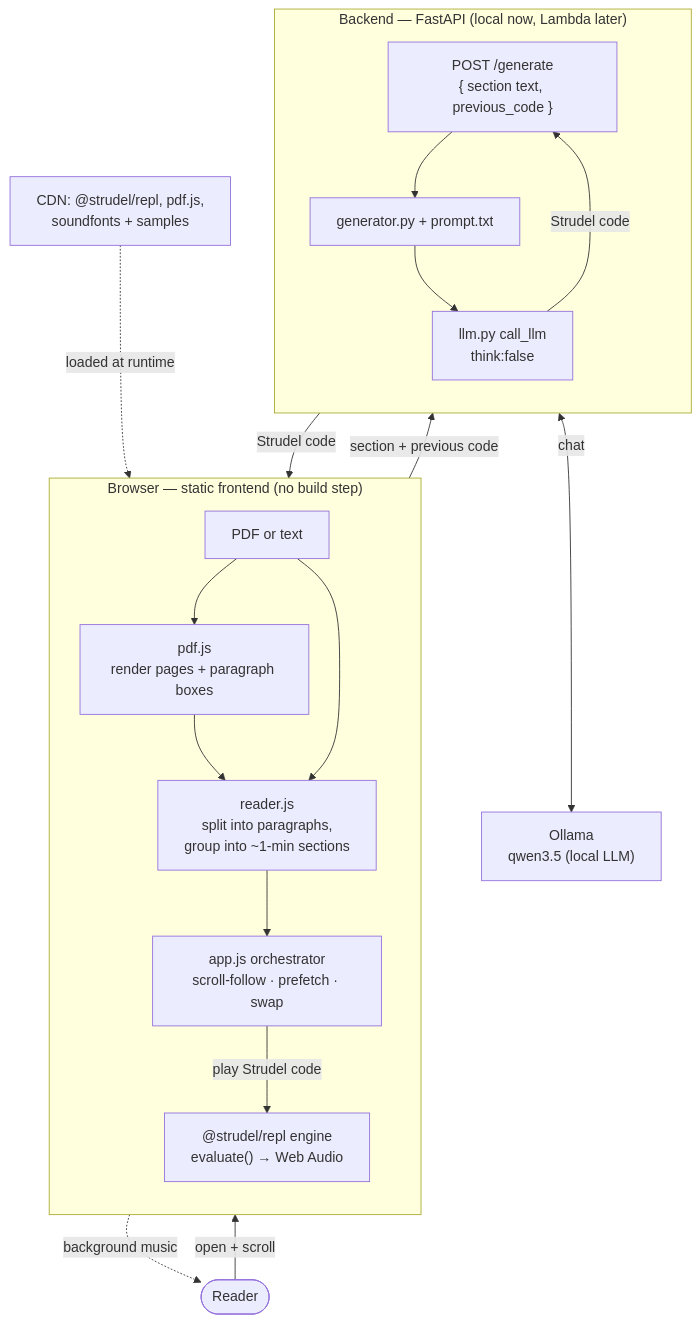
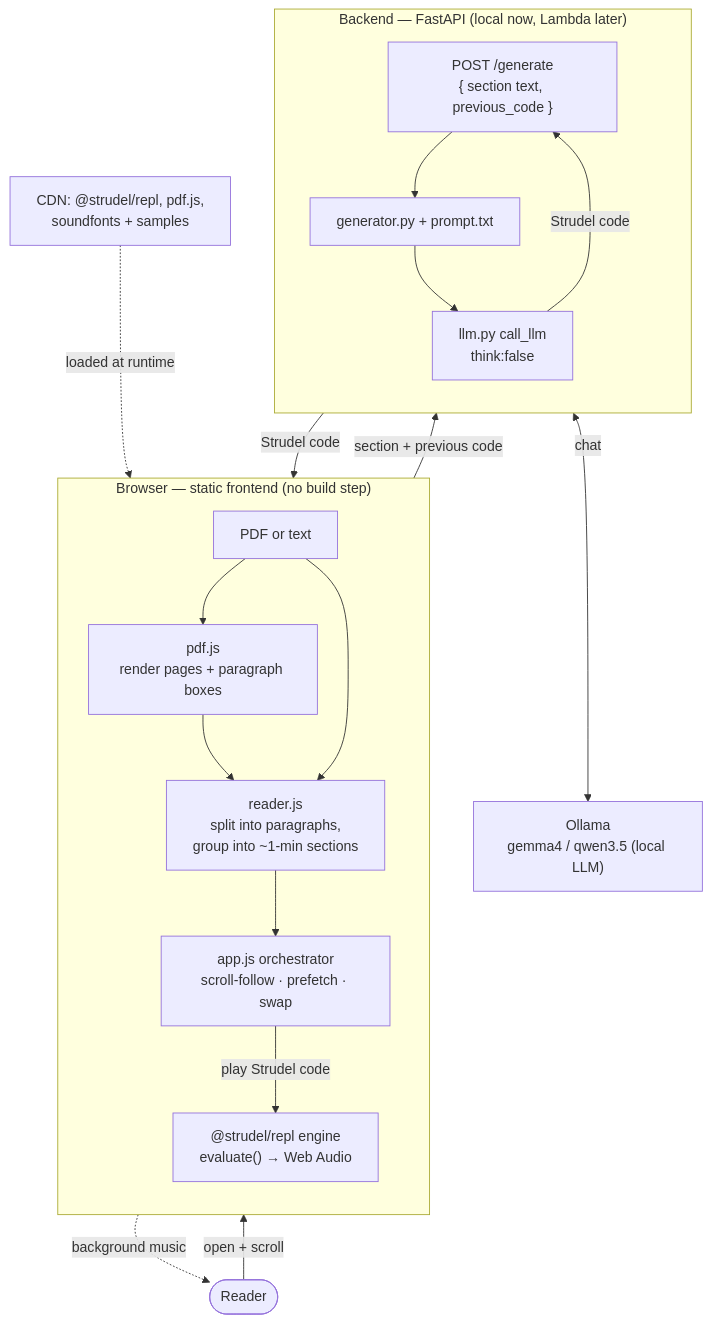
The diagram in README.md (damianogiorgi/BookMusic), drawn with Mermaid before and after one commit. The commit also changed other lines of this file and 1 other file, not shown here.

First line of the commit message:
Switch default model to gemma4:e4b-it-qat

````diff
--- a/README.md
+++ b/README.md
@@ -68,36 +68,36 @@
 ```mermaid
 flowchart TB
   user(["Reader"])
 
   subgraph browser["Browser — static frontend (no build step)"]
     direction TB
     doc["PDF or text"]
     pdfjs["pdf.js<br/>render pages + paragraph boxes"]
     reader["reader.js<br/>split into paragraphs,<br/>group into ~1-min sections"]
     app["app.js orchestrator<br/>scroll-follow · prefetch · swap"]
     strudel["@strudel/repl engine<br/>evaluate() → Web Audio"]
     doc --> pdfjs --> reader
     doc --> reader
     reader --> app
     app -->|play Strudel code| strudel
   end
 
   subgraph backend["Backend — FastAPI (local now, Lambda later)"]
     direction TB
     api["POST /generate<br/>{ section text, previous_code }"]
     gen["generator.py + prompt.txt"]
     llm["llm.py call_llm<br/>think:false"]
     api --> gen --> llm
   end
 
-  ollama["Ollama<br/>qwen3.5 (local LLM)"]
+  ollama["Ollama<br/>gemma4 / qwen3.5 (local LLM)"]
   cdn["CDN: @strudel/repl, pdf.js,<br/>soundfonts + samples"]
 
   app -->|"section + previous code"| api
   llm <-->|chat| ollama
   llm -->|Strudel code| api
   api -->|Strudel code| app
   cdn -.->|loaded at runtime| browser
   user -->|"open + scroll"| browser
   strudel -.->|background music| user
 ```
````
